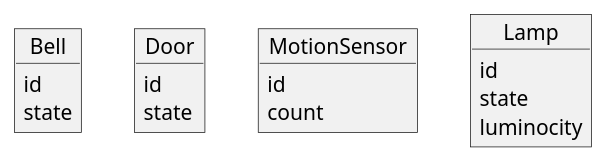
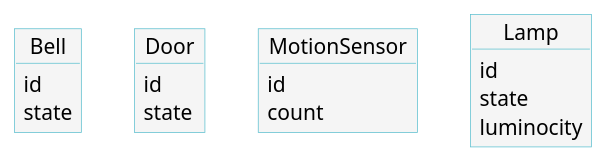
Before and after one commit to FIWARE/tutorials.IoT-over-MQTT: the diagram in diagrams/entities.puml, drawn with PlantUML. The commit also changed 1 other file, not shown here.

Commit message:
Updating Entity Diagrams

```diff
--- a/diagrams/entities.puml
+++ b/diagrams/entities.puml
@@ -1,26 +1,33 @@
 @startuml
+
+skinparam object {
+  BackgroundColor #f5f5f5
+  ArrowColor #4c4c4c
+  BorderColor #5dc0cf
+}
+
 object Bell
 
 Bell : id 
 Bell : state 
 
 object Door
 
 Door : id 
 Door : state
 
 object MotionSensor
 
 MotionSensor : id 
 MotionSensor : count 
 
 object Lamp
 
 Lamp : id 
 Lamp : state 
 Lamp : luminocity
 
 Bell -[hidden]> Door
 Door -[hidden]> MotionSensor
 MotionSensor -[hidden]> Lamp
 @enduml
```
